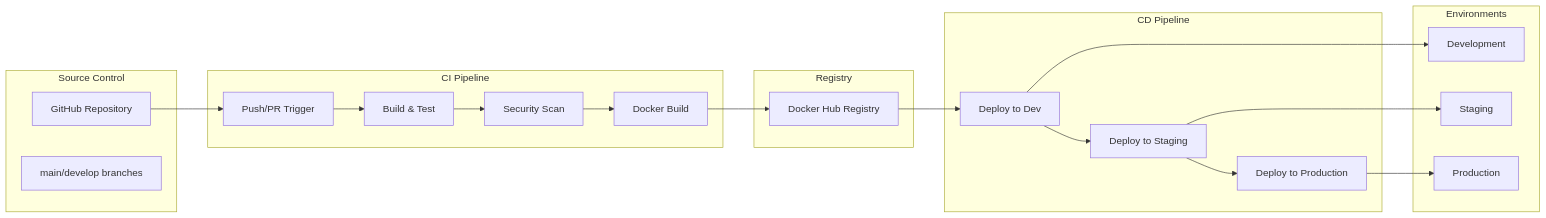
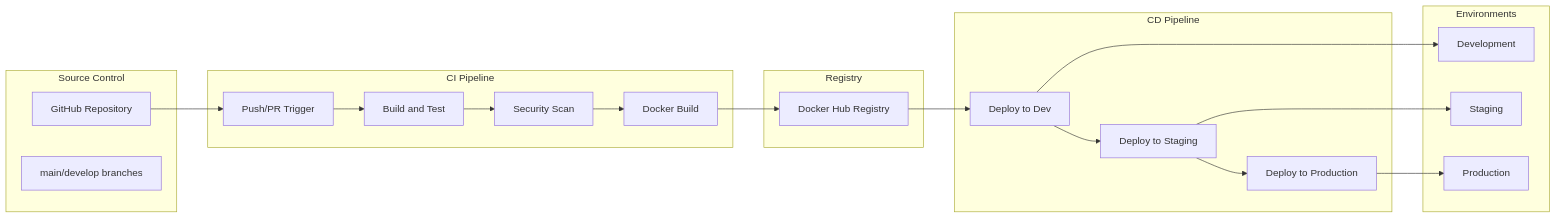
Diagram 16 of 27 in Architecture.md (nithinmohantk/genai-boilerplate-dotnet), drawn with Mermaid before and after one commit. The commit also changed other lines of this file, not shown here.

First line of the commit message:
fix: Resolve Mermaid diagram syntax errors in Architecture.md

````diff
--- a/Architecture.md
+++ b/Architecture.md
@@ -832,43 +836,43 @@
 ```mermaid
 graph LR
     subgraph "Source Control"
         GIT[GitHub Repository]
         BRANCHES[main/develop branches]
     end
 
     subgraph "CI Pipeline"
         TRIGGER[Push/PR Trigger]
-        BUILD[Build & Test]
+        BUILD[Build and Test]
         SCAN[Security Scan]
         DOCKER_BUILD[Docker Build]
     end
 
     subgraph "Registry"
         DOCKER_HUB[Docker Hub Registry]
     end
 
     subgraph "CD Pipeline"
         DEPLOY_DEV[Deploy to Dev]
         DEPLOY_STAGING[Deploy to Staging]
         DEPLOY_PROD[Deploy to Production]
     end
 
     subgraph "Environments"
         DEV_ENV[Development]
         STAGE_ENV[Staging]
         PROD_ENV[Production]
     end
 
     GIT --> TRIGGER
     TRIGGER --> BUILD
     BUILD --> SCAN
     SCAN --> DOCKER_BUILD
     DOCKER_BUILD --> DOCKER_HUB
 
     DOCKER_HUB --> DEPLOY_DEV
     DEPLOY_DEV --> DEV_ENV
     DEPLOY_DEV --> DEPLOY_STAGING
     DEPLOY_STAGING --> STAGE_ENV
     DEPLOY_STAGING --> DEPLOY_PROD
     DEPLOY_PROD --> PROD_ENV
 ```
````
